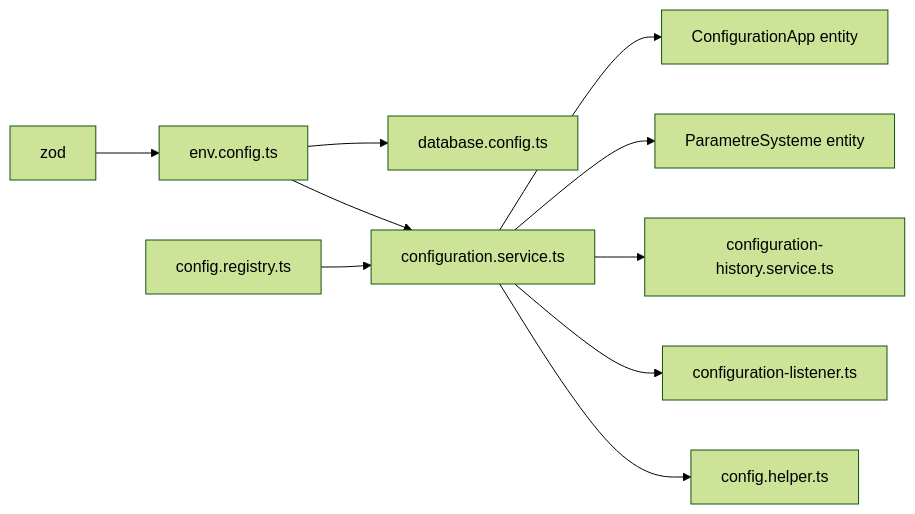
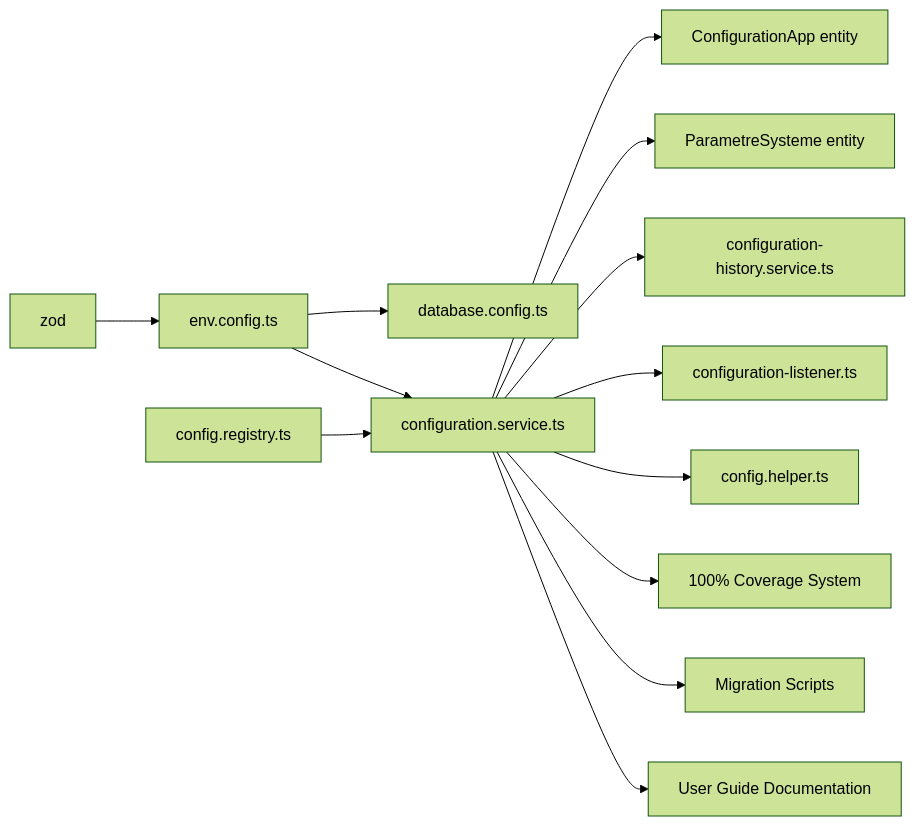
Before and after one commit to franckylab/eLISAschool: diagram 11 of 12 in .qoder/repowiki/en/content/Configuration & Environment Management.md, drawn with Mermaid (forest theme). The commit also changed other lines of this file and 155 other files, not shown here.

````diff
--- a/.qoder/repowiki/en/content/Configuration & Environment Management.md
+++ b/.qoder/repowiki/en/content/Configuration & Environment Management.md
@@ -371,12 +550,15 @@
 ```mermaid
 graph LR
 ZOD["zod"] --> ENV["env.config.ts"]
 ENV --> DBCFG["database.config.ts"]
 ENV --> CSVC["configuration.service.ts"]
 REG["config.registry.ts"] --> CSVC
 CSVC --> ENT_APP["ConfigurationApp entity"]
 CSVC --> ENT_PARAM["ParametreSysteme entity"]
 CSVC --> HIS["configuration-history.service.ts"]
 CSVC --> LSN["configuration-listener.ts"]
 CSVC --> HELPER["config.helper.ts"]
+CSVC --> COV["100% Coverage System"]
+CSVC --> MIG["Migration Scripts"]
+CSVC --> DOC["User Guide Documentation"]
 ```
````
